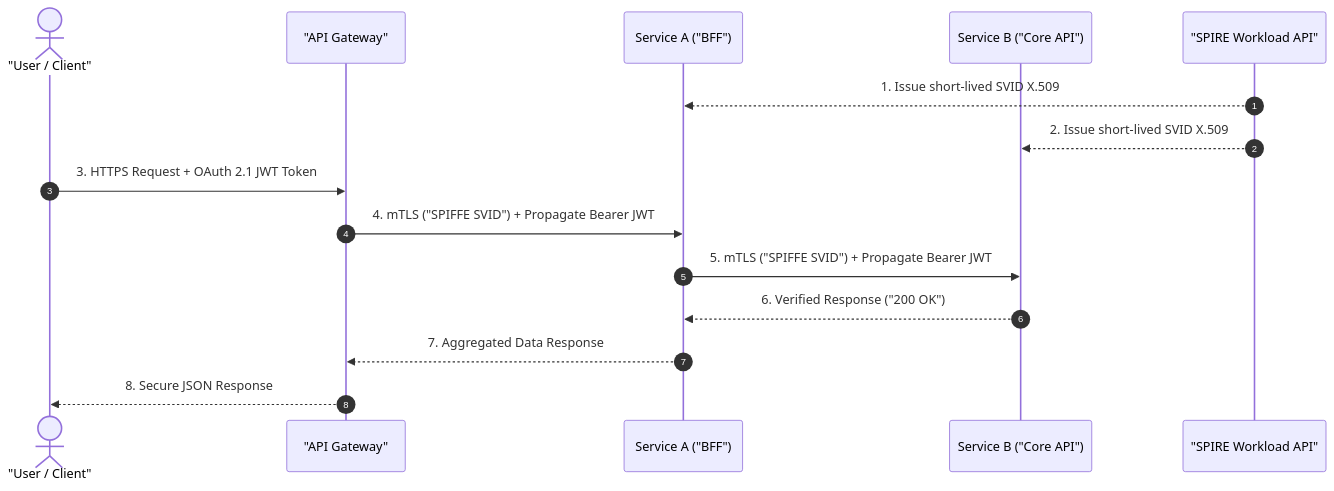
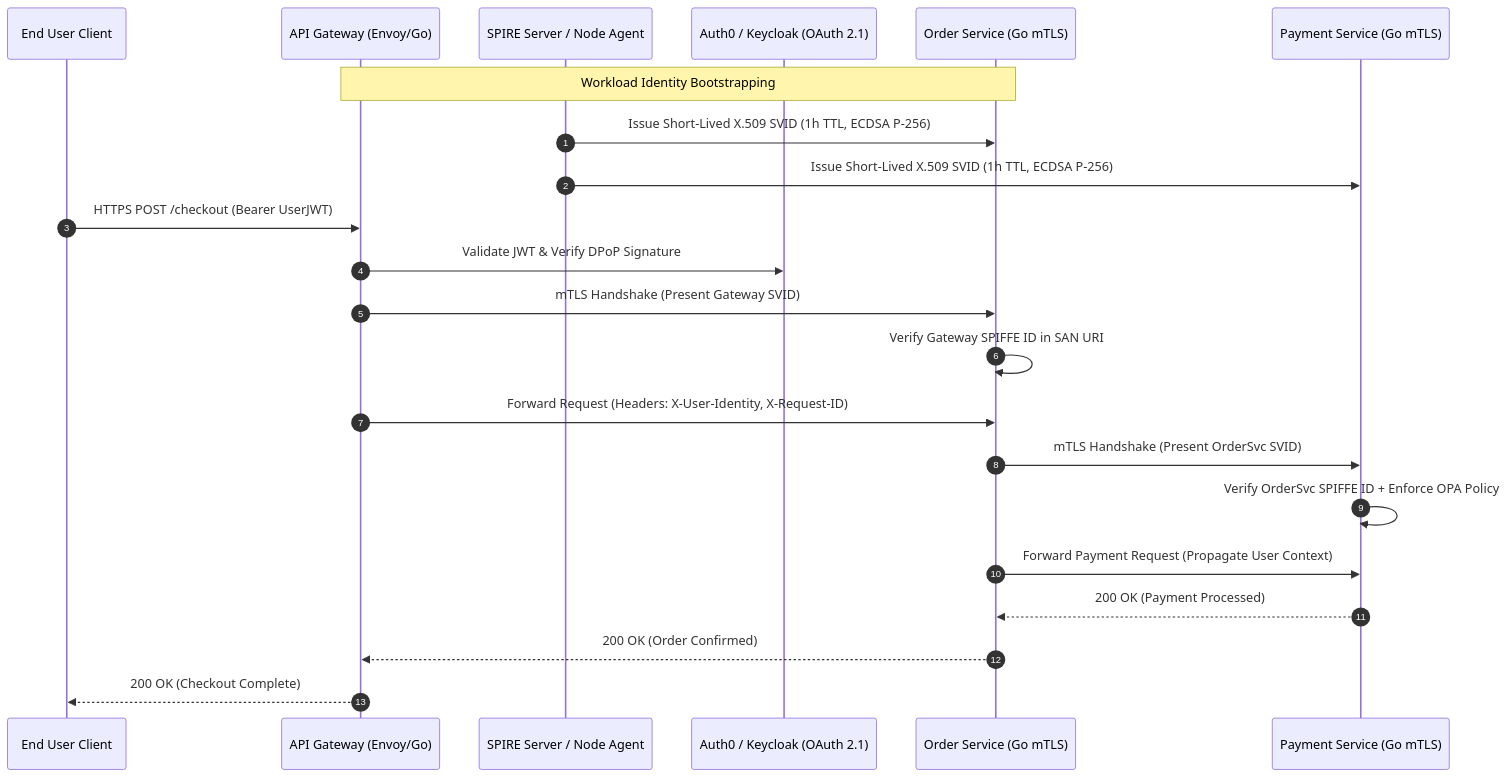
The first of 3 diagrams in content/series/cornerstone-technologies/zero-trust-architecture-microservices.md (vesviet/vesviet), drawn with Mermaid before and after one commit. The commit also changed other lines of this file and 82 other files, not shown here.

````diff
--- a/content/series/cornerstone-technologies/zero-trust-architecture-microservices.md
+++ b/content/series/cornerstone-technologies/zero-trust-architecture-microservices.md
@@ -72,18 +42,27 @@
 ```mermaid
 sequenceDiagram
     autonumber
-    actor User as "User / Client"
-    participant GW as "API Gateway"
-    participant SvcA as Service A ("BFF")
-    participant SvcB as Service B ("Core API")
-    participant SPIRE as "SPIRE Workload API"
+    participant User as End User Client
+    participant GW as API Gateway (Envoy/Go)
+    participant SPIRE as SPIRE Server / Node Agent
+    participant Auth as Auth0 / Keycloak (OAuth 2.1)
+    participant OrderSvc as Order Service (Go mTLS)
+    participant PaySvc as Payment Service (Go mTLS)
 
-    SPIRE-->>SvcA: 1. Issue short-lived SVID X.509
-    SPIRE-->>SvcB: 2. Issue short-lived SVID X.509
-    User->>GW: 3. HTTPS Request + OAuth 2.1 JWT Token
-    GW->>SvcA: 4. mTLS ("SPIFFE SVID") + Propagate Bearer JWT
-    SvcA->>SvcB: 5. mTLS ("SPIFFE SVID") + Propagate Bearer JWT
-    SvcB-->>SvcA: 6. Verified Response ("200 OK")
-    SvcA-->>GW: 7. Aggregated Data Response
-    GW-->>User: 8. Secure JSON Response
+    Note over GW,OrderSvc: Workload Identity Bootstrapping
+    SPIRE->>OrderSvc: Issue Short-Lived X.509 SVID (1h TTL, ECDSA P-256)
+    SPIRE->>PaySvc: Issue Short-Lived X.509 SVID (1h TTL, ECDSA P-256)
+    
+    User->>GW: HTTPS POST /checkout (Bearer UserJWT)
+    GW->>Auth: Validate JWT & Verify DPoP Signature
+    GW->>OrderSvc: mTLS Handshake (Present Gateway SVID)
+    OrderSvc->>OrderSvc: Verify Gateway SPIFFE ID in SAN URI
+    GW->>OrderSvc: Forward Request (Headers: X-User-Identity, X-Request-ID)
+    
+    OrderSvc->>PaySvc: mTLS Handshake (Present OrderSvc SVID)
+    PaySvc->>PaySvc: Verify OrderSvc SPIFFE ID + Enforce OPA Policy
+    OrderSvc->>PaySvc: Forward Payment Request (Propagate User Context)
+    PaySvc-->>OrderSvc: 200 OK (Payment Processed)
+    OrderSvc-->>GW: 200 OK (Order Confirmed)
+    GW-->>User: 200 OK (Checkout Complete)
 ```
````
